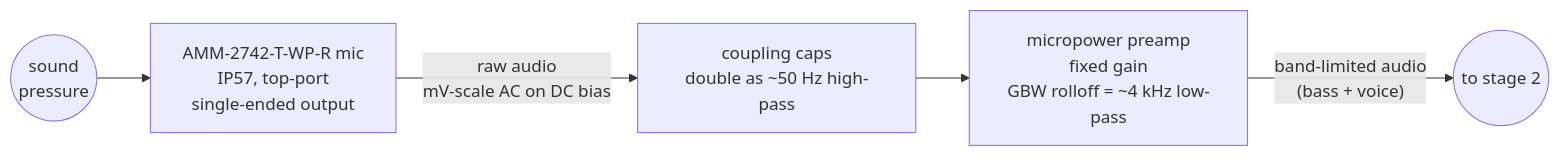
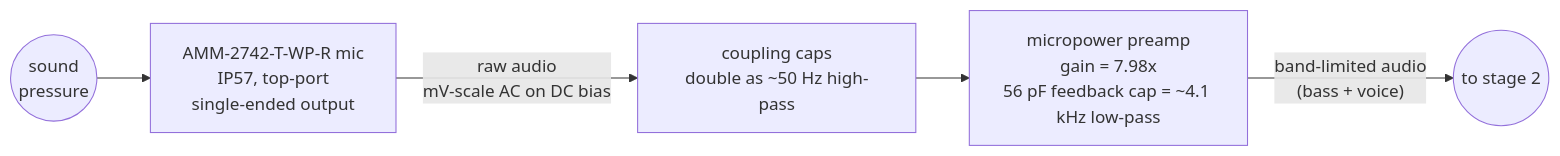
One commit to zackees/soundwake changed the third of 6 diagrams in README.md. Above: the diagram before and after it, drawn with Mermaid. The commit also changed other lines of this file and 1 other file, not shown here.

First line of the commit message:
docs: split analog gain allocation (#17)

````diff
--- a/README.md
+++ b/README.md
@@ -122,7 +130,7 @@
 ```mermaid
 flowchart LR
     SPL(("sound<br/>pressure")) --> MIC["AMM-2742-T-WP-R mic<br/>IP57, top-port<br/>single-ended output"]
     MIC -->|"raw audio<br/>mV-scale AC on DC bias"| ACC["coupling caps<br/>double as ~50 Hz high-pass"]
-    ACC --> PRE["micropower preamp<br/>fixed gain<br/>GBW rolloff = ~4 kHz low-pass"]
+    ACC --> PRE["micropower preamp<br/>gain = 7.98x<br/>56 pF feedback cap = ~4.1 kHz low-pass"]
     PRE -->|"band-limited audio<br/>(bass + voice)"| S1OUT(("to stage 2"))
 ```
````
